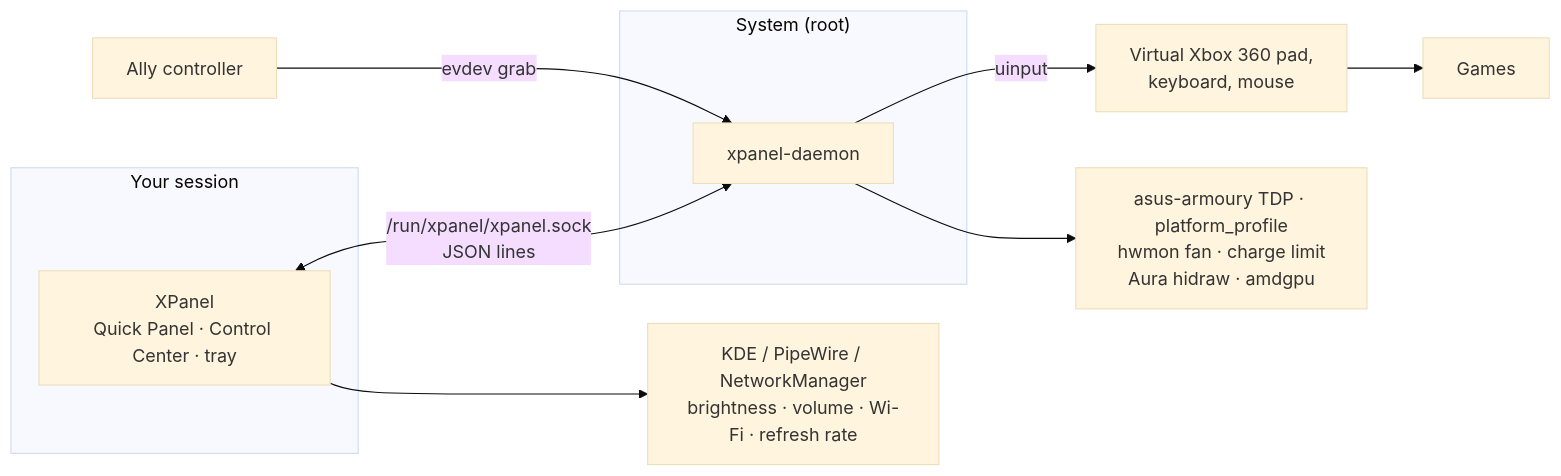
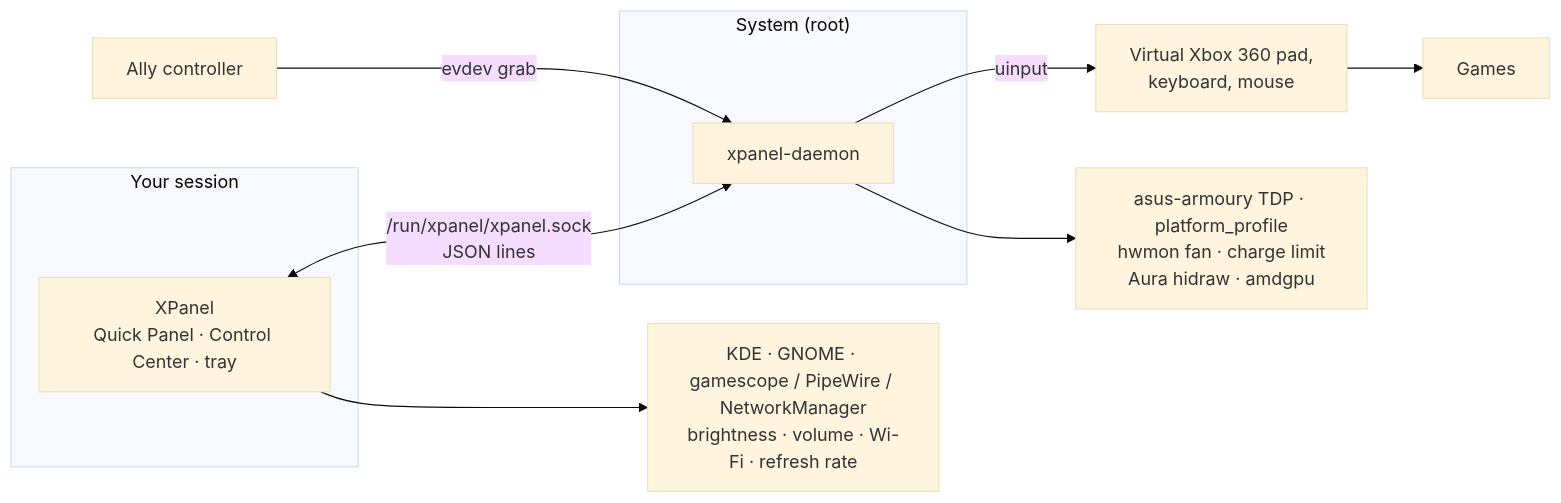
The diagram in README.md (Adhamura/XPanel), drawn with Mermaid (base theme) before and after one commit. The commit also changed other lines of this file and 33 other files, not shown here.

````diff
--- a/README.md
+++ b/README.md
@@ -228,14 +302,14 @@
 ```mermaid
 flowchart LR
     pad["Ally controller"] -->|evdev grab| daemon
     subgraph user ["Your session"]
         app["XPanel<br/>Quick Panel · Control Center · tray"]
     end
     subgraph root ["System (root)"]
         daemon["xpanel-daemon"]
     end
     app <-->|"/run/xpanel/xpanel.sock<br/>JSON lines"| daemon
     daemon -->|uinput| vpad["Virtual Xbox 360 pad,<br/>keyboard, mouse"] --> games["Games"]
     daemon --> hw["asus-armoury TDP · platform_profile<br/>hwmon fan · charge limit<br/>Aura hidraw · amdgpu"]
-    app --> kde["KDE / PipeWire / NetworkManager<br/>brightness · volume · Wi-Fi · refresh rate"]
+    app --> kde["KDE · GNOME · gamescope / PipeWire / NetworkManager<br/>brightness · volume · Wi-Fi · refresh rate"]
 ```
````
